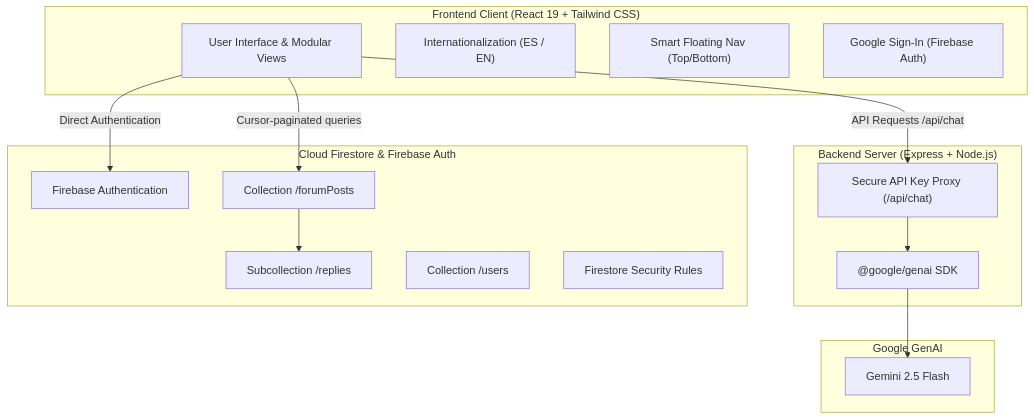
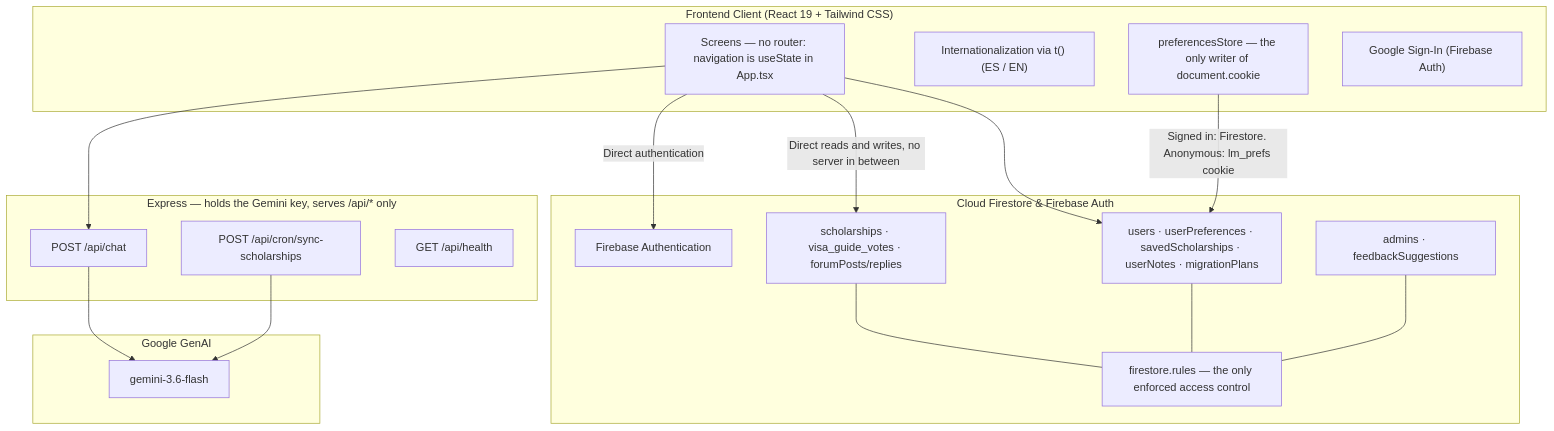
Before and after one commit to ana-izaguirre/latino-migra: the diagram in README.md, drawn with Mermaid. The commit also changed other lines of this file and 1 other file, not shown here.

Commit message:
docs: make the README describe the product that exists
Three things on the page were stated with confidence and were not true of the
repository:

- The feature list advertised seven modules. Six screens are hidden from the
  navigation by HIDDEN_TABS in src/lib/navigation.ts -- the forum, the
  calculator, the planner, the consulate map, volunteering and the suggestions
  hub are built but nothing links to them. Replaced with a table marking what
  is live (scholarships, migration guides), what is in progress (the
  assistant) and what is not linked.
- The architecture diagram named Gemini 2.5 Flash and a single /api/chat
  route, against gemini-3.6-flash and three routes in server.ts, and showed
  three Firestore collections against the eleven in firestore.rules. Redrawn
  from the code, and it now states the boundary that matters: the browser
  reaches Firestore directly, so firestore.rules is the only enforced access
  control.
- The coverage badge read 43%. Measured: 64.5% statements, against thresholds
  already ratcheted to 65. The badge is static and has to be updated by hand.

Applied to both language versions.

````diff
--- a/README.md
+++ b/README.md
@@ -41,33 +55,38 @@
 ```mermaid
 graph TD
     subgraph Client["Frontend Client (React 19 + Tailwind CSS)"]
-        UI["User Interface & Modular Views"]
-        i18n["Internationalization (ES / EN)"]
-        ScrollNav["Smart Floating Nav (Top/Bottom)"]
+        UI["Screens — no router: navigation is useState in App.tsx"]
+        i18n["Internationalization via t() (ES / EN)"]
+        Prefs["preferencesStore — the only writer of document.cookie"]
         AuthUI["Google Sign-In (Firebase Auth)"]
     end
 
-    subgraph Server["Backend Server (Express + Node.js)"]
-        Proxy["Secure API Key Proxy (/api/chat)"]
-        GeminiSDK["@google/genai SDK"]
+    subgraph Server["Express — holds the Gemini key, serves /api/* only"]
+        Chat["POST /api/chat"]
+        Cron["POST /api/cron/sync-scholarships"]
+        Health["GET /api/health"]
     end
 
     subgraph FirebaseCloud["Cloud Firestore & Firebase Auth"]
         AuthService["Firebase Authentication"]
-        PostsCol["Collection /forumPosts"]
-        RepliesSub["Subcollection /replies"]
-        UsersCol["Collection /users"]
-        Rules["Firestore Security Rules"]
+        Content["scholarships · visa_guide_votes · forumPosts/replies"]
+        UserData["users · userPreferences · savedScholarships · userNotes · migrationPlans"]
+        Ops["admins · feedbackSuggestions"]
+        Rules["firestore.rules — the only enforced access control"]
     end
 
     subgraph AI["Google GenAI"]
-        GeminiModel["Gemini 2.5 Flash"]
+        GeminiModel["gemini-3.6-flash"]
     end
 
-    UI -->|API Requests /api/chat| Proxy
-    UI -->|Direct Authentication| AuthService
-    UI -->|Cursor-paginated queries| PostsCol
-    PostsCol --> RepliesSub
-    Proxy --> GeminiSDK
-    GeminiSDK --> GeminiModel
+    UI --> Chat
+    UI -->|Direct authentication| AuthService
+    UI -->|Direct reads and writes, no server in between| Content
+    UI --> UserData
+    Prefs -->|Signed in: Firestore. Anonymous: lm_prefs cookie| UserData
+    Content --- Rules
+    UserData --- Rules
+    Ops --- Rules
+    Chat --> GeminiModel
+    Cron --> GeminiModel
 ```
````
